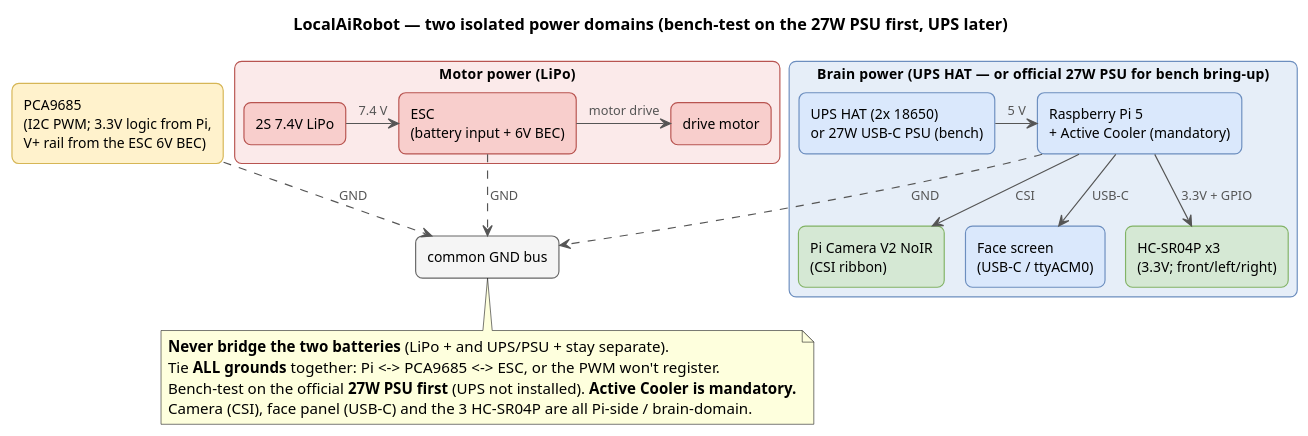
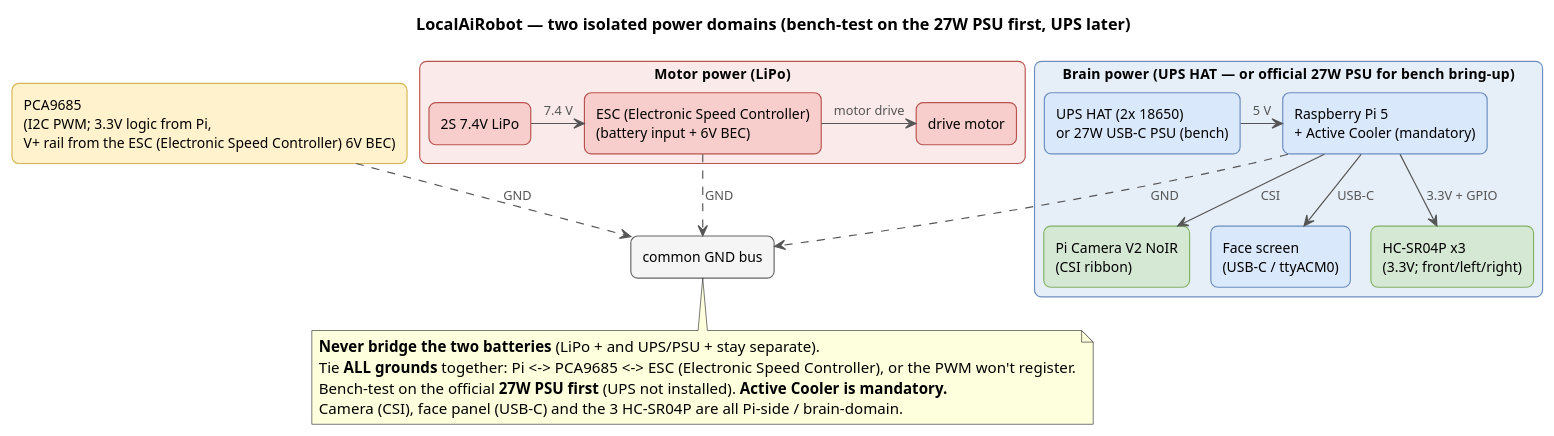
Before and after one commit to shen747/LocalAiRobot: the diagram in docs/images/assembly.puml, drawn with PlantUML. The commit also changed 10 other files, not shown here.

```diff
--- a/docs/images/assembly.puml
+++ b/docs/images/assembly.puml
@@ -1,70 +1,70 @@
 @startuml assembly
 ' LocalAiRobot — two isolated power domains (high-level), now with camera, face & 3-sensor array.
 ' This source lives next to its render. Regenerate in place (writes assembly.png here):
 '   plantuml -tpng docs/images/assembly.puml
 ' No Graphviz needed: !pragma layout smetana uses PlantUML's pure-Java layout engine.
 !pragma layout smetana
 hide stereotype
 title LocalAiRobot — two isolated power domains (bench-test on the 27W PSU first, UPS later)
 
 skinparam backgroundColor white
 skinparam shadowing false
 skinparam defaultFontName Helvetica
 skinparam ArrowColor #555555
 skinparam ArrowFontColor #555555
 skinparam ArrowFontSize 11
 skinparam rectangle {
   RoundCorner 12
   FontSize 12
   BorderThickness 1
   BackgroundColor<<io>> #DAE8FC
   BorderColor<<io>> #6C8EBF
   BackgroundColor<<model>> #FFF2CC
   BorderColor<<model>> #D6B656
   BackgroundColor<<data>> #D5E8D4
   BorderColor<<data>> #82B366
   BackgroundColor<<motor>> #F8CECC
   BorderColor<<motor>> #B85450
   BackgroundColor<<store>> #F5F5F5
   BorderColor<<store>> #666666
   BackgroundColor<<motordomain>> #FBEAEA
   BorderColor<<motordomain>> #B85450
   BackgroundColor<<braindomain>> #E6EEF8
   BorderColor<<braindomain>> #6C8EBF
 }
 
 rectangle "Motor power  (LiPo)" as motorbox <<motordomain>> {
   rectangle "2S 7.4V LiPo" as lipo <<motor>>
-  rectangle "ESC\n(battery input + 6V BEC)" as esc <<motor>>
+  rectangle "ESC (Electronic Speed Controller)\n(battery input + 6V BEC)" as esc <<motor>>
   rectangle "drive motor" as motor <<motor>>
 }
 lipo -right-> esc : 7.4 V
 esc -right-> motor : motor drive
 
 rectangle "Brain power  (UPS HAT  —  or official 27W PSU for bench bring-up)" as brainbox <<braindomain>> {
   rectangle "UPS HAT (2x 18650)\nor 27W USB-C PSU (bench)" as ups <<io>>
   rectangle "Raspberry Pi 5\n+ Active Cooler (mandatory)" as pi <<io>>
   rectangle "Pi Camera V2 NoIR\n(CSI ribbon)" as cam <<data>>
   rectangle "Face screen\n(USB-C / ttyACM0)" as face <<io>>
   rectangle "HC-SR04P x3\n(3.3V; front/left/right)" as sonar <<data>>
 }
 ups -right-> pi : 5 V
 pi --> cam : CSI
 pi --> face : USB-C
 pi --> sonar : 3.3V + GPIO
 
-rectangle "PCA9685\n(I2C PWM; 3.3V logic from Pi,\nV+ rail from the ESC 6V BEC)" as pca <<model>>
+rectangle "PCA9685\n(I2C PWM; 3.3V logic from Pi,\nV+ rail from the ESC (Electronic Speed Controller) 6V BEC)" as pca <<model>>
 
 rectangle "common GND bus" as gnd <<store>>
 
 esc ..> gnd : GND
 pi ..> gnd : GND
 pca ..> gnd : GND
 
 note bottom of gnd
   **Never bridge the two batteries** (LiPo + and UPS/PSU + stay separate).
-  Tie **ALL grounds** together: Pi <-> PCA9685 <-> ESC, or the PWM won't register.
+  Tie **ALL grounds** together: Pi <-> PCA9685 <-> ESC (Electronic Speed Controller), or the PWM won't register.
   Bench-test on the official **27W PSU first** (UPS not installed). **Active Cooler is mandatory.**
   Camera (CSI), face panel (USB-C) and the 3 HC-SR04P are all Pi-side / brain-domain.
 end note
 @enduml
```
